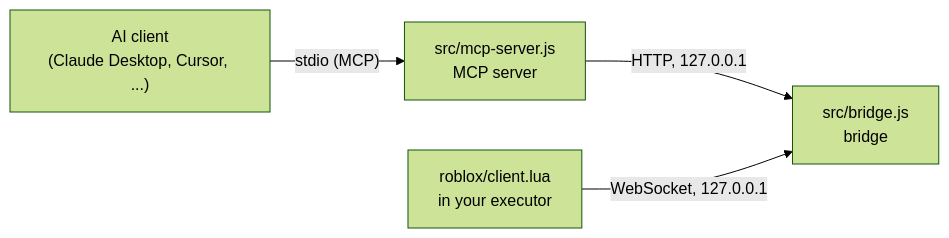
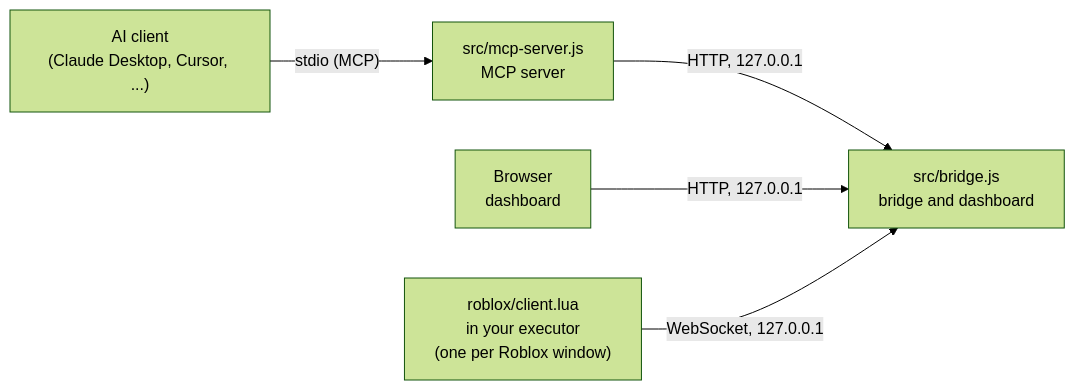
Before and after one commit to fiangg20/superbase: the diagram in README.md, drawn with Mermaid (forest theme). The commit also changed other lines of this file, not shown here.

````diff
--- a/README.md
+++ b/README.md
@@ -45,11 +51,13 @@
 ```mermaid
 flowchart LR
     AI["AI client<br/>(Claude Desktop, Cursor, ...)"]
     MCP["src/mcp-server.js<br/>MCP server"]
-    Bridge["src/bridge.js<br/>bridge"]
-    Client["roblox/client.lua<br/>in your executor"]
+    Bridge["src/bridge.js<br/>bridge and dashboard"]
+    Client["roblox/client.lua<br/>in your executor<br/>(one per Roblox window)"]
+    Browser["Browser<br/>dashboard"]
 
     AI -- "stdio (MCP)" --> MCP
     MCP -- "HTTP, 127.0.0.1" --> Bridge
+    Browser -- "HTTP, 127.0.0.1" --> Bridge
     Client -- "WebSocket, 127.0.0.1" --> Bridge
 ```
````
